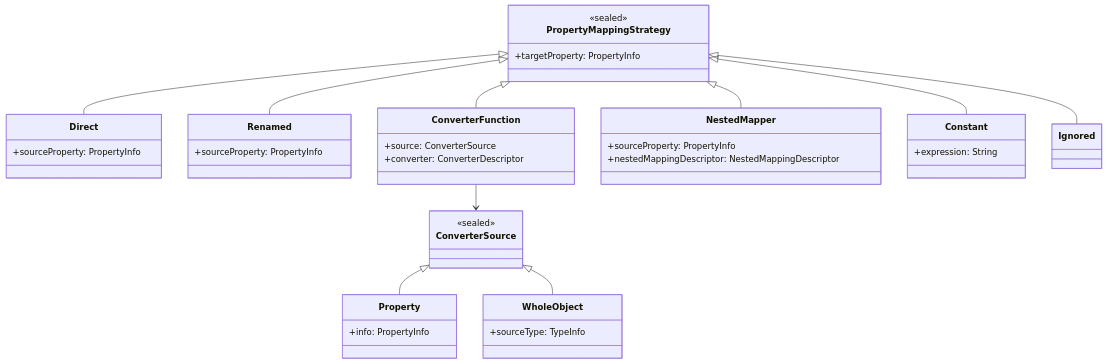
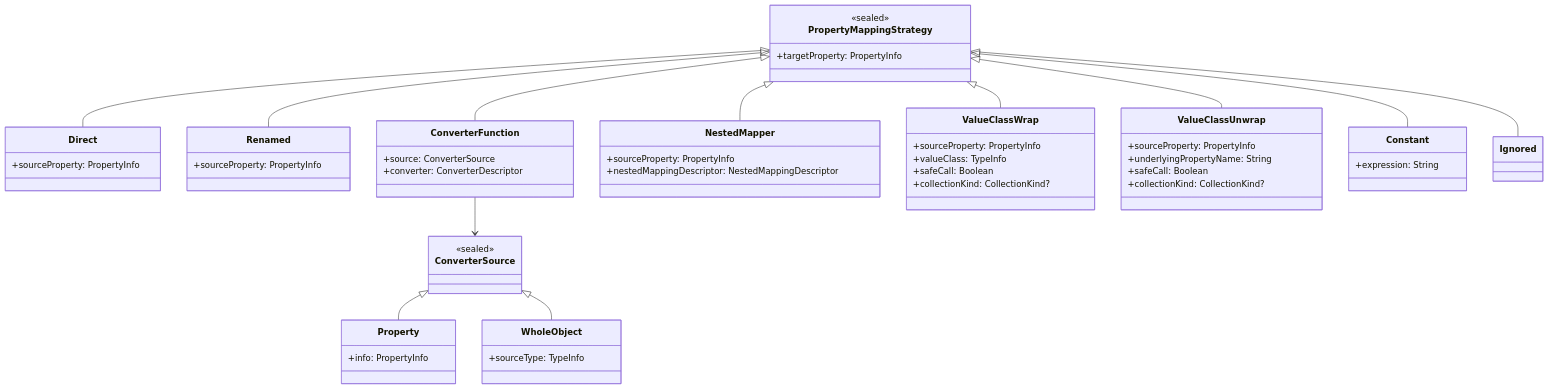
One commit to blu3berry-why/Kraft changed the third of 3 diagrams in docs/developer-guide/custom-code-generator.md. Above: the diagram before and after it, drawn with Mermaid. The commit also changed other lines of this file and 13 other files, not shown here.

First line of the commit message:
feat: auto wrap and unwrap value classes (#114)

````diff
--- a/docs/developer-guide/custom-code-generator.md
+++ b/docs/developer-guide/custom-code-generator.md
@@ -167,49 +167,63 @@
 ```mermaid
 classDiagram
     direction TB
 
     class PropertyMappingStrategy {
         <<sealed>>
         +targetProperty: PropertyInfo
     }
 
     class Direct {
         +sourceProperty: PropertyInfo
     }
     class Renamed {
         +sourceProperty: PropertyInfo
     }
     class ConverterFunction {
         +source: ConverterSource
         +converter: ConverterDescriptor
     }
     class NestedMapper {
         +sourceProperty: PropertyInfo
         +nestedMappingDescriptor: NestedMappingDescriptor
     }
+    class ValueClassWrap {
+        +sourceProperty: PropertyInfo
+        +valueClass: TypeInfo
+        +safeCall: Boolean
+        +collectionKind: CollectionKind?
+    }
+    class ValueClassUnwrap {
+        +sourceProperty: PropertyInfo
+        +underlyingPropertyName: String
+        +safeCall: Boolean
+        +collectionKind: CollectionKind?
+    }
     class Constant {
         +expression: String
     }
     class Ignored
 
     class ConverterSource {
         <<sealed>>
     }
     class Property {
         +info: PropertyInfo
     }
     class WholeObject {
         +sourceType: TypeInfo
     }
 
     PropertyMappingStrategy <|-- Direct
     PropertyMappingStrategy <|-- Renamed
     PropertyMappingStrategy <|-- ConverterFunction
     PropertyMappingStrategy <|-- NestedMapper
+    PropertyMappingStrategy <|-- ValueClassWrap
+    PropertyMappingStrategy <|-- ValueClassUnwrap
     PropertyMappingStrategy <|-- Constant
     PropertyMappingStrategy <|-- Ignored
 
     ConverterFunction --> ConverterSource
     ConverterSource <|-- Property
     ConverterSource <|-- WholeObject
 ```
````
